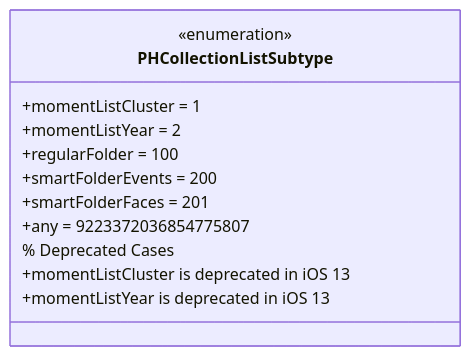
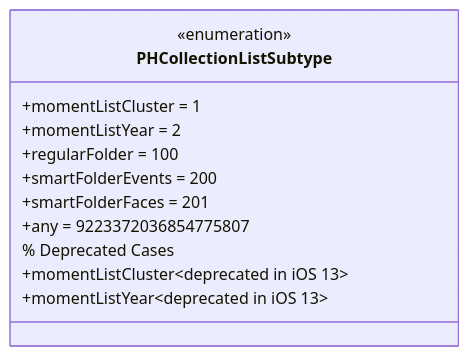
One commit to CongLeSolutionX/Apple-Frameworks-in-Mermaid-Diagrams changed the fourth of 19 diagrams in Apple-frameworks/PhotoTypes.md. Above: the diagram before and after it, drawn with Mermaid. The commit also changed other lines of this file, not shown here.

````diff
--- a/Apple-frameworks/PhotoTypes.md
+++ b/Apple-frameworks/PhotoTypes.md
@@ -80,15 +80,16 @@
 ```mermaid
 classDiagram
     class PHCollectionListSubtype {
         <<enumeration>>
         +momentListCluster = 1
         +momentListYear = 2
         +regularFolder = 100
         +smartFolderEvents = 200
         +smartFolderFaces = 201
         +any = 9223372036854775807
+        
         % Deprecated Cases
-        +momentListCluster is deprecated in iOS 13
-        +momentListYear is deprecated in iOS 13
+        +momentListCluster~deprecated in iOS 13~
+        +momentListYear~deprecated in iOS 13~
     }
 ```
````
